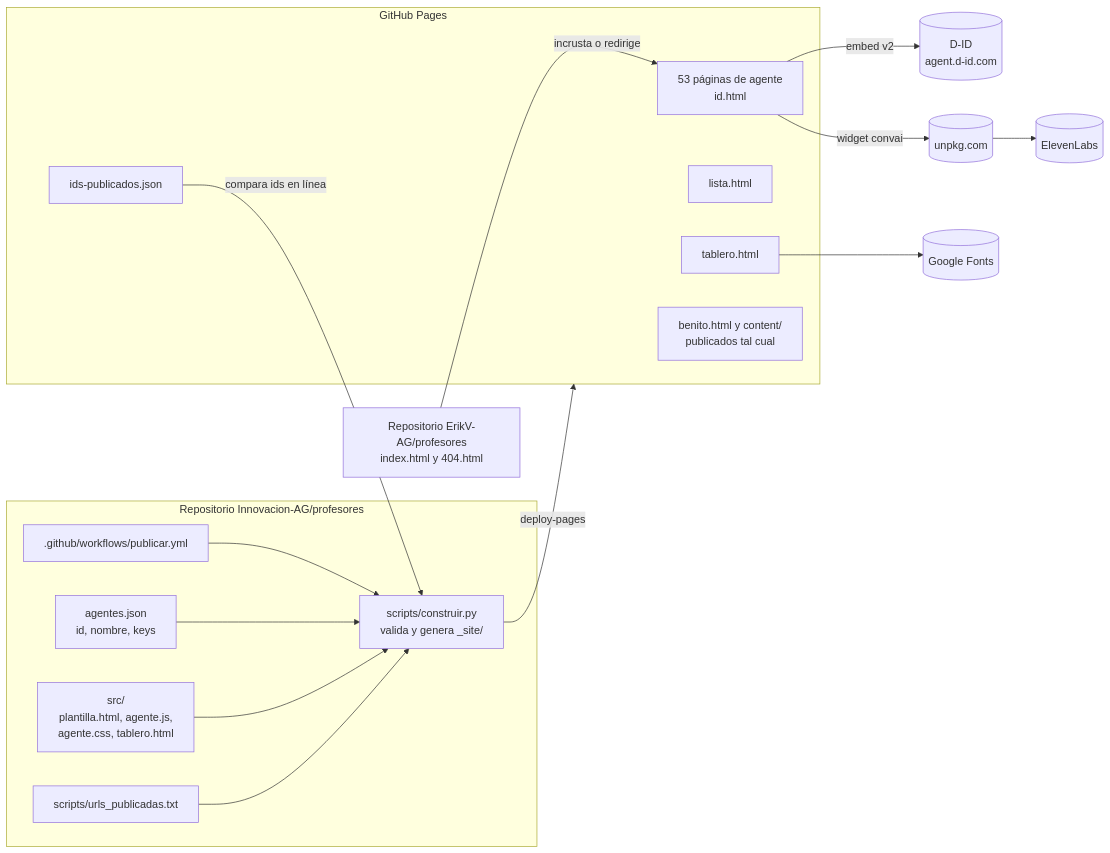
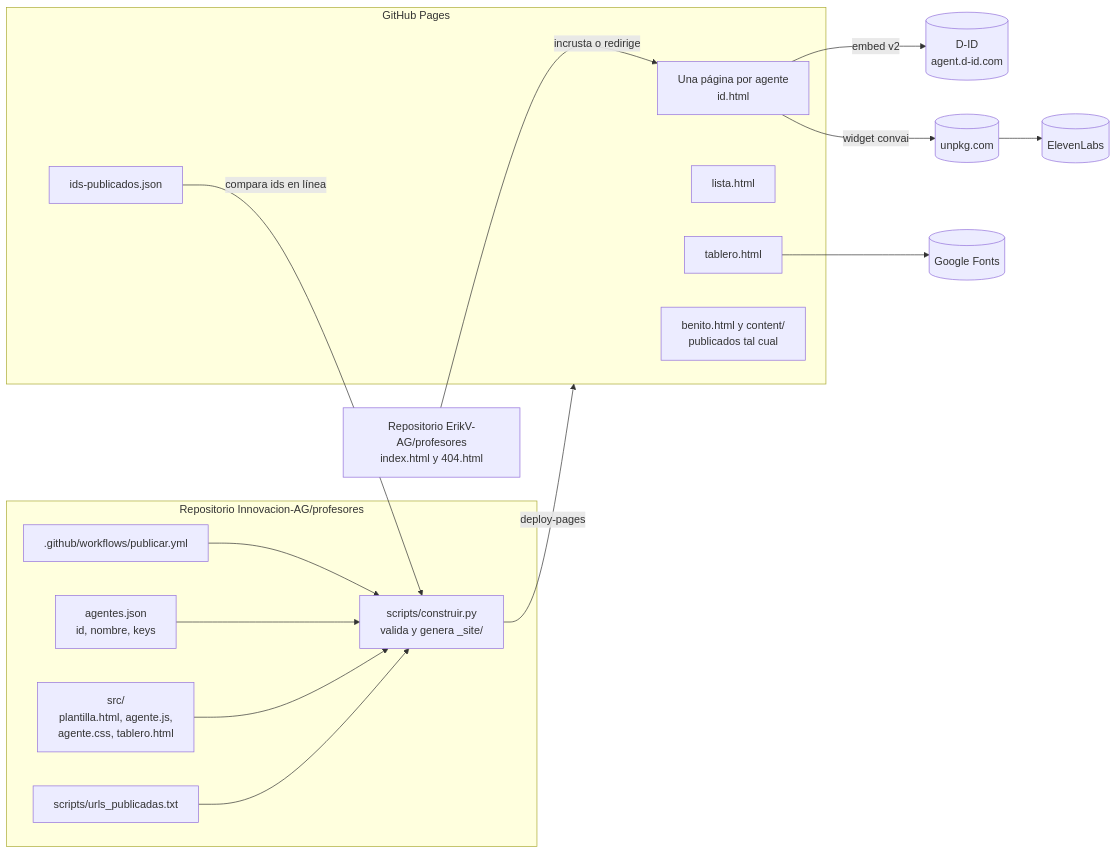
One commit to Innovacion-AG/profesores changed the second of 4 diagrams in docs/blueprint.md. Above: the diagram before and after it, drawn with Mermaid. The commit also changed other lines of this file and 3 other files, not shown here.

````diff
--- a/docs/blueprint.md
+++ b/docs/blueprint.md
@@ -40,28 +40,28 @@
 ```mermaid
 flowchart LR
   subgraph repo[Repositorio Innovacion-AG/profesores]
     lista_json[agentes.json<br/>id, nombre, keys]
     src[src/<br/>plantilla.html, agente.js,<br/>agente.css, tablero.html]
     construir[scripts/construir.py<br/>valida y genera _site/]
     urls[scripts/urls_publicadas.txt]
     flujo[.github/workflows/publicar.yml]
   end
   subgraph pages[GitHub Pages]
-    paginas[53 páginas de agente<br/>id.html]
+    paginas[Una página por agente<br/>id.html]
     lista_html[lista.html]
     tablero[tablero.html]
     ids[ids-publicados.json]
     sueltos[benito.html y content/<br/>publicados tal cual]
   end
   flujo --> construir
   lista_json --> construir
   src --> construir
   urls --> construir
   ids -->|compara ids en línea| construir
   construir -->|deploy-pages| pages
   paginas -->|embed v2| did[(D-ID<br/>agent.d-id.com)]
   paginas -->|widget convai| unpkg[(unpkg.com)]
   unpkg --> el[(ElevenLabs)]
   tablero --> fuentes[(Google Fonts)]
   puente[Repositorio ErikV-AG/profesores<br/>index.html y 404.html] -->|incrusta o redirige| paginas
 ```
````
